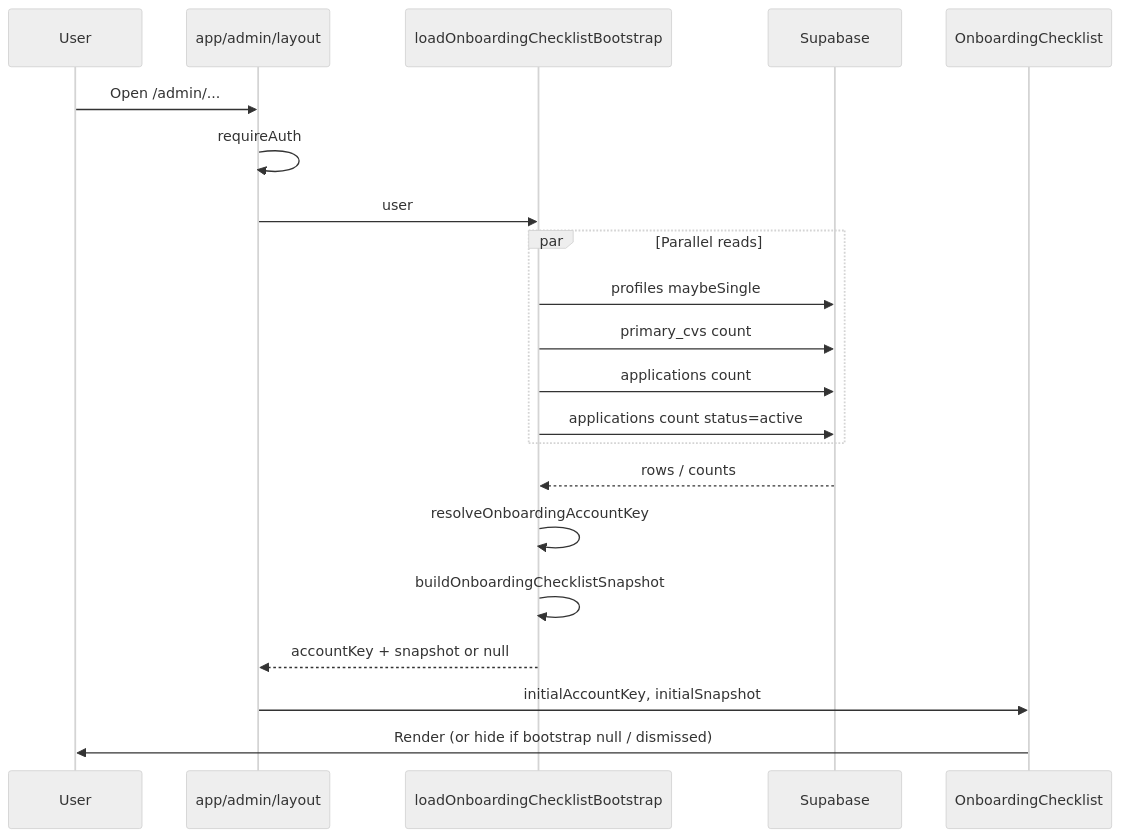
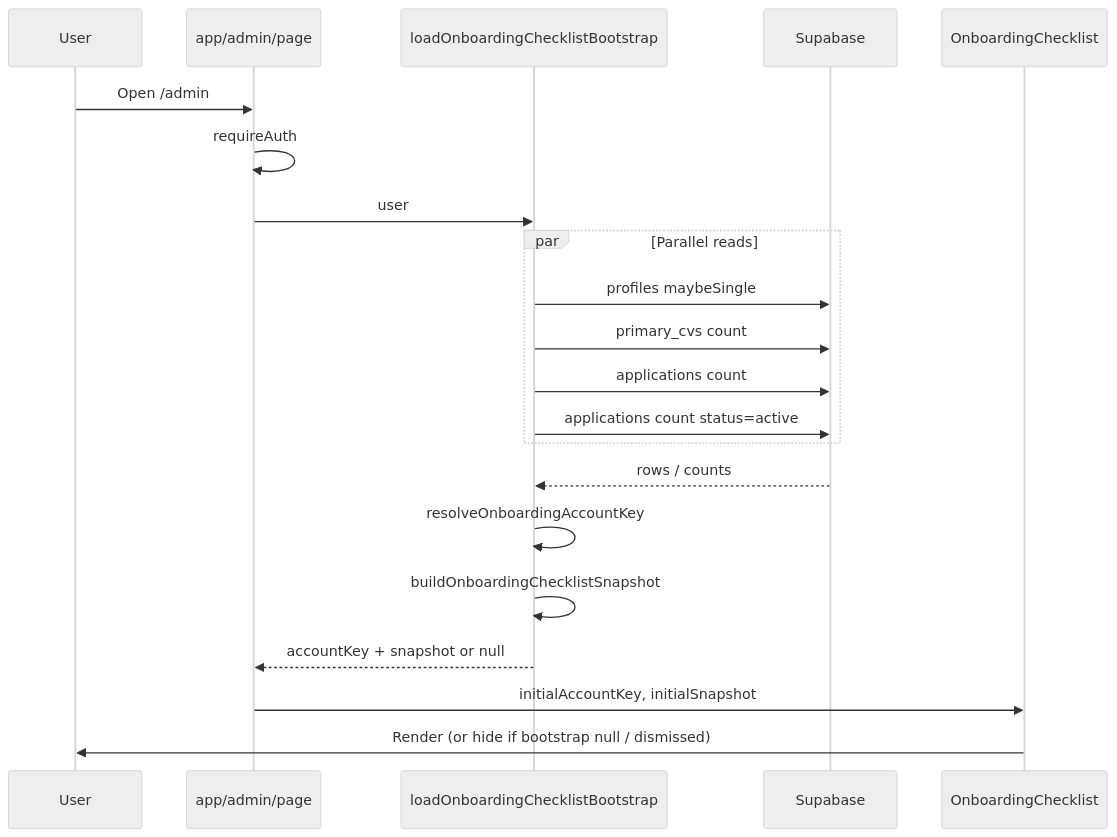
One commit to joan-gerard/my-hire-view changed the second of 4 diagrams in docs/architecture/DATA_FLOW_ONBOARDING_CHECKLIST.md. Above: the diagram before and after it, drawn with Mermaid (neutral theme). The commit also changed other lines of this file and 17 other files, not shown here.

````diff
--- a/docs/architecture/DATA_FLOW_ONBOARDING_CHECKLIST.md
+++ b/docs/architecture/DATA_FLOW_ONBOARDING_CHECKLIST.md
@@ -69,24 +69,24 @@
 ```mermaid
 sequenceDiagram
   participant U as User
-  participant Layout as app/admin/layout
+  participant Page as app/admin/page
   participant Boot as loadOnboardingChecklistBootstrap
   participant DB as Supabase
   participant Panel as OnboardingChecklist
 
-  U->>Layout: Open /admin/...
-  Layout->>Layout: requireAuth
-  Layout->>Boot: user
+  U->>Page: Open /admin
+  Page->>Page: requireAuth
+  Page->>Boot: user
   par Parallel reads
     Boot->>DB: profiles maybeSingle
     Boot->>DB: primary_cvs count
     Boot->>DB: applications count
     Boot->>DB: applications count status=active
   end
   DB-->>Boot: rows / counts
   Boot->>Boot: resolveOnboardingAccountKey
   Boot->>Boot: buildOnboardingChecklistSnapshot
-  Boot-->>Layout: accountKey + snapshot or null
-  Layout->>Panel: initialAccountKey, initialSnapshot
+  Boot-->>Page: accountKey + snapshot or null
+  Page->>Panel: initialAccountKey, initialSnapshot
   Panel->>U: Render (or hide if bootstrap null / dismissed)
 ```
````
